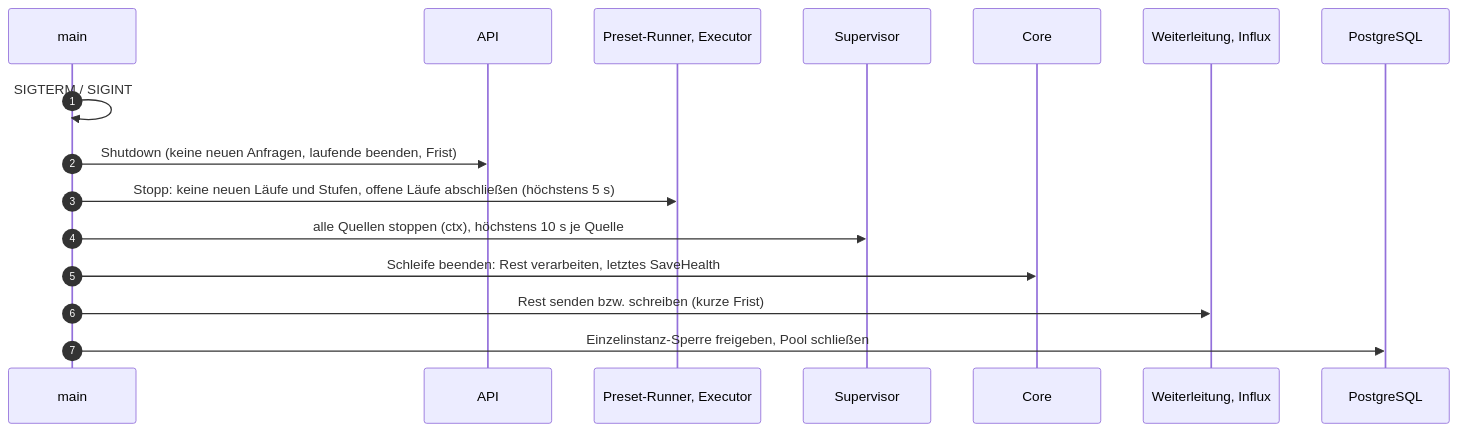
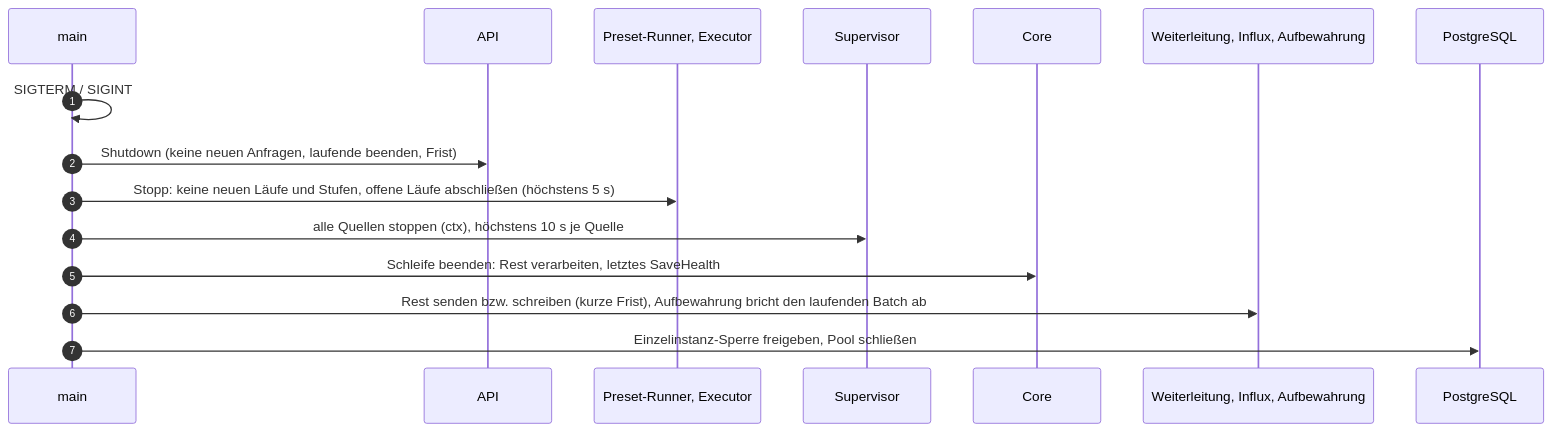
One commit to lukirs95/monika changed the second of 6 diagrams in docs/contracts/flows.md. Above: the diagram before and after it, drawn with Mermaid. The commit also changed other lines of this file and 10 other files, not shown here.

````diff
--- a/docs/contracts/flows.md
+++ b/docs/contracts/flows.md
@@ -67,19 +67,19 @@
 ```mermaid
 sequenceDiagram
     autonumber
     participant M as main
     participant A as API
     participant P as Preset-Runner, Executor
     participant Sup as Supervisor
     participant C as Core
-    participant X as Weiterleitung, Influx
+    participant X as Weiterleitung, Influx, Aufbewahrung
     participant DB as PostgreSQL
 
     M->>M: SIGTERM / SIGINT
     M->>A: Shutdown (keine neuen Anfragen, laufende beenden, Frist)
     M->>P: Stopp: keine neuen Läufe und Stufen, offene Läufe abschließen (höchstens 5 s)
     M->>Sup: alle Quellen stoppen (ctx), höchstens 10 s je Quelle
     M->>C: Schleife beenden: Rest verarbeiten, letztes SaveHealth
-    M->>X: Rest senden bzw. schreiben (kurze Frist)
+    M->>X: Rest senden bzw. schreiben (kurze Frist), Aufbewahrung bricht den laufenden Batch ab
     M->>DB: Einzelinstanz-Sperre freigeben, Pool schließen
 ```
````
